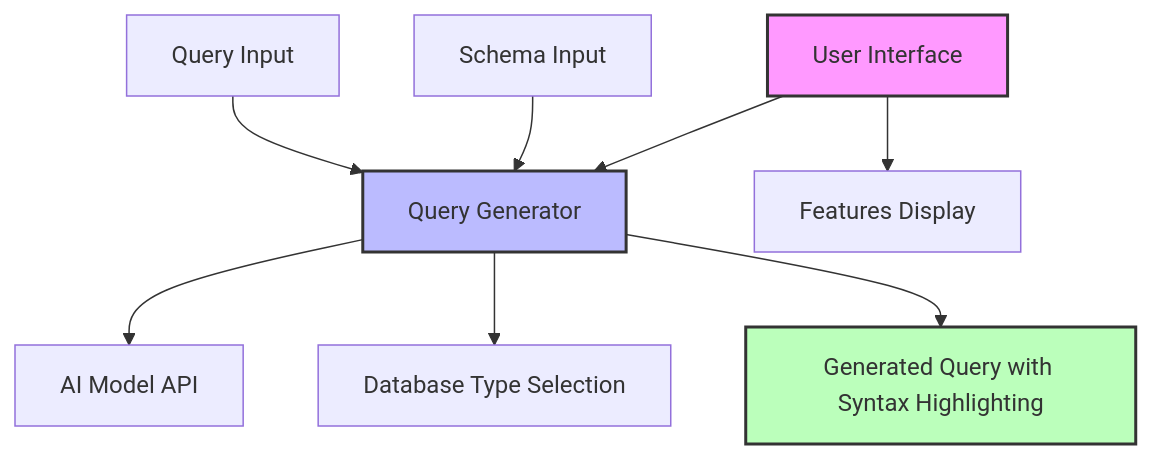
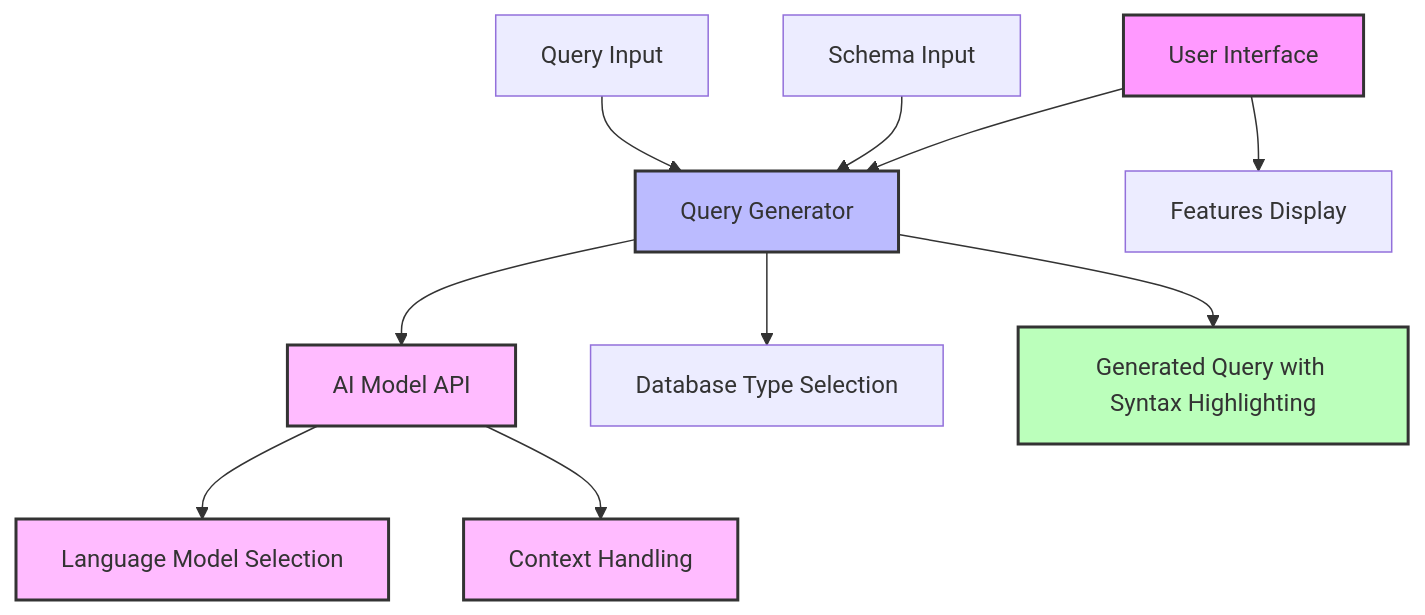
One commit to anywhereto/query_gpt changed the diagram in README.md. Above: the diagram before and after it, drawn with Mermaid. The commit also changed other lines of this file, not shown here.

````diff
--- a/README.md
+++ b/README.md
@@ -23,14 +24,19 @@
 ```mermaid
 graph TD
     A[User Interface] --> B[Query Generator]
     B --> C[AI Model API]
     B --> D[Database Type Selection]
     E[Schema Input] --> B
     F[Query Input] --> B
     B --> G[Generated Query with Syntax Highlighting]
     A --> H[Features Display]
+    C --> I[Language Model Selection]
+    C --> J[Context Handling]
     
     style A fill:#f9f,stroke:#333,stroke-width:2px
     style B fill:#bbf,stroke:#333,stroke-width:2px
+    style C fill:#fbf,stroke:#333,stroke-width:2px
     style G fill:#bfb,stroke:#333,stroke-width:2px
+    style I fill:#fbf,stroke:#333,stroke-width:2px
+    style J fill:#fbf,stroke:#333,stroke-width:2px
 ```
````
